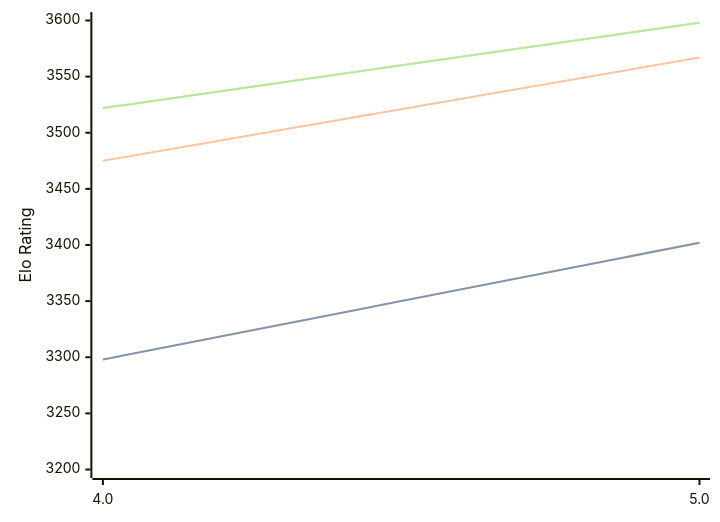
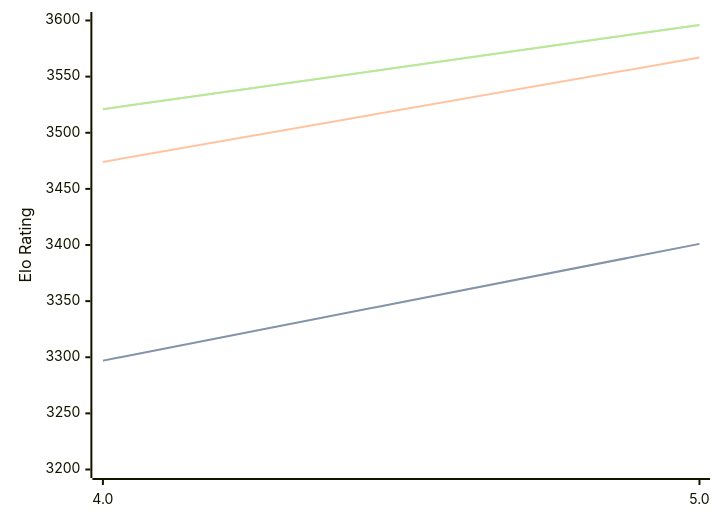
The diagram in engines/Tarnished.md (computer-chess-index/cci), drawn with Mermaid before and after one commit. The commit also changed other lines of this file, not shown here.

Commit message:
Update CCI Ratings (ELO VLTC) - 2026-03-04

````diff
--- a/engines/Tarnished.md
+++ b/engines/Tarnished.md
@@ -34,11 +34,11 @@
 ```mermaid
 %%{init: {"theme":"base","themeVariables":{"seriesColors:['#a3a3a3','#222221','#faa371']}}}%%
 xychart-beta
   x-axis ["4.0", "5.0"]
   y-axis "Elo Rating" 3200 --> 3600
-  line "STC (8.0+0.08s)" [3298, 3402]
-  line "STC (8.0+0.08s)" [3298, 3402]
-  line "LTC (60.0+0.60s)" [3475, 3567]
-  line "VLTC (2m24s+1.12s)" [3522, 3598]
-  line "VLTC (2m24s+1.12s)" [3522, 3598]
+  line "STC (8.0+0.08s)" [3297, 3401]
+  line "STC (8.0+0.08s)" [3297, 3401]
+  line "LTC (60.0+0.60s)" [3474, 3567]
+  line "VLTC (2m24s+1.12s)" [3521, 3596]
+  line "VLTC (2m24s+1.12s)" [3521, 3596]
 ```
````
